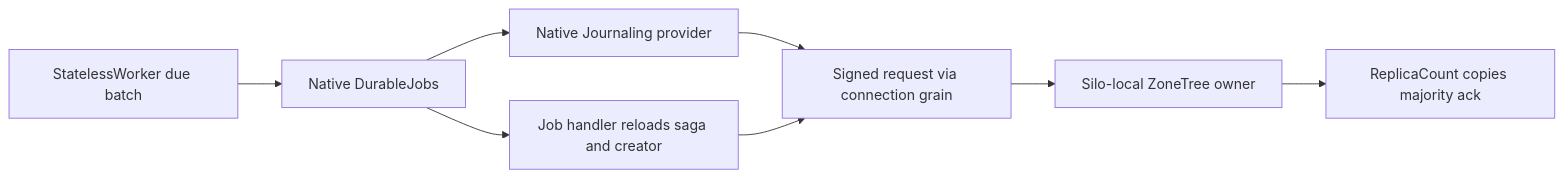
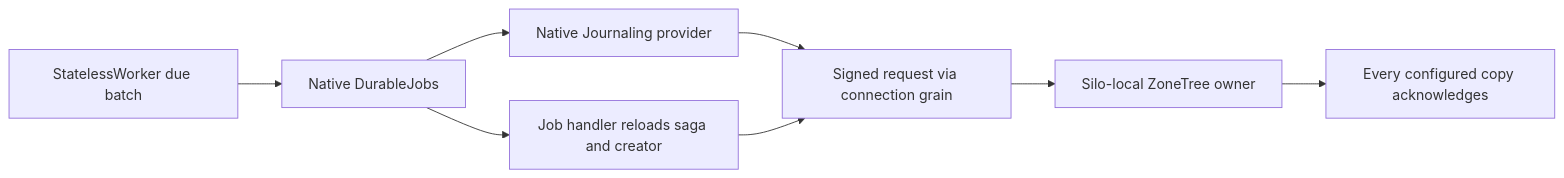
The diagram in docs/Features/ClusterRouting/RuntimeJournal.md (managedcode/KeyLoad), drawn with Mermaid before and after one commit. The commit also changed 39 other files, not shown here.

````diff
--- a/docs/Features/ClusterRouting/RuntimeJournal.md
+++ b/docs/Features/ClusterRouting/RuntimeJournal.md
@@ -11,10 +11,10 @@
 ```mermaid
 flowchart LR
   Due[StatelessWorker due batch] --> Jobs[Native DurableJobs]
   Jobs --> Journal[Native Journaling provider]
   Journal --> Conn[Signed request via connection grain]
   Conn --> Owner[Silo-local ZoneTree owner]
-  Owner --> Copies[ReplicaCount copies majority ack]
+  Owner --> Copies[Every configured copy acknowledges]
   Jobs --> Handler[Job handler reloads saga and creator]
   Handler --> Conn
 ```
````
